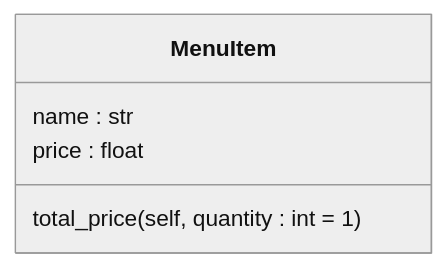
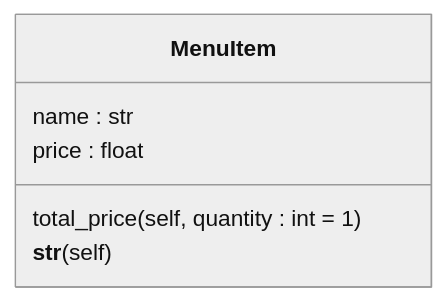
One commit to Cooldude0001/Reto-3---Eli-Caro changed the first of 3 diagrams in README.md. Above: the diagram before and after it, drawn with Mermaid (neutral theme). The commit also changed other lines of this file, not shown here.

````diff
--- a/README.md
+++ b/README.md
@@ -20,10 +34,11 @@
 ```mermaid
 classDiagram
 
 class MenuItem {
     name : str
     price : float
 
     total_price (self, quantity : int = 1)
+    __str__ (self)
 }
 ```
````
